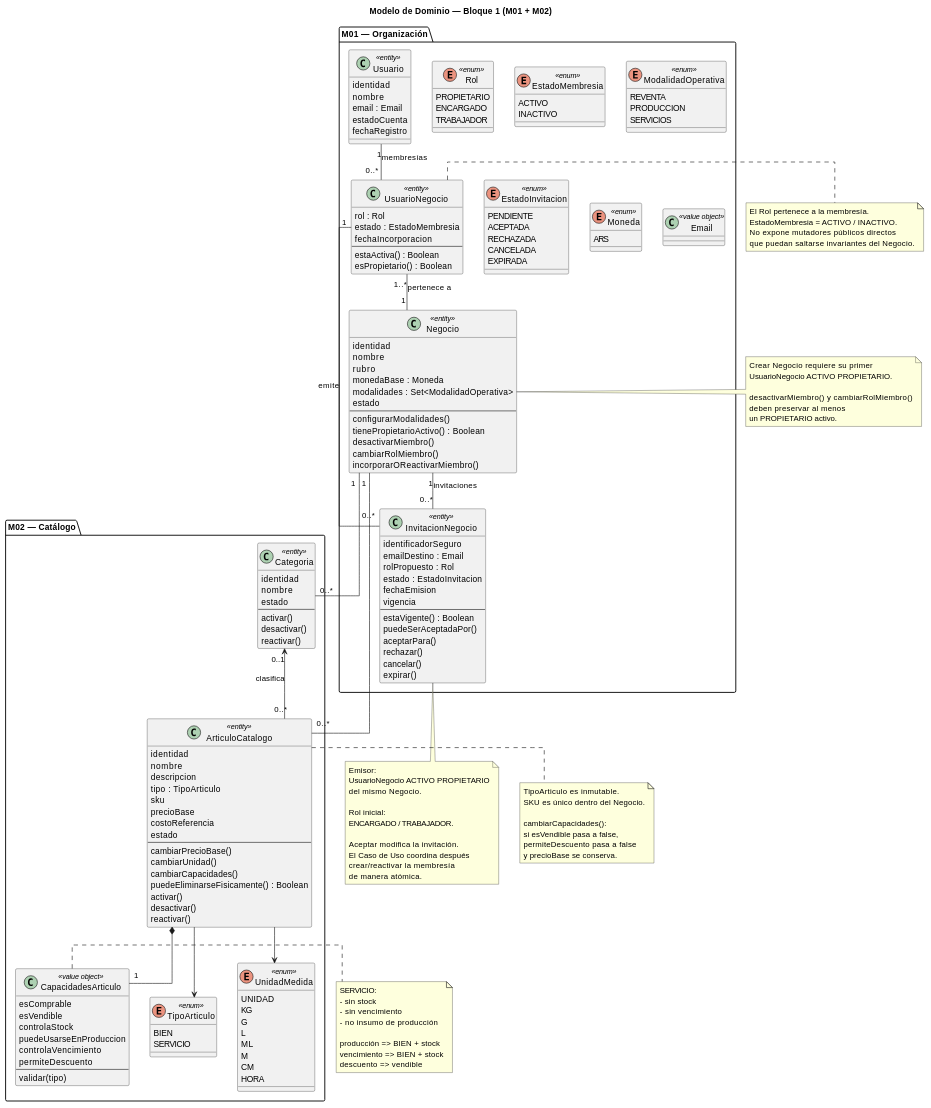
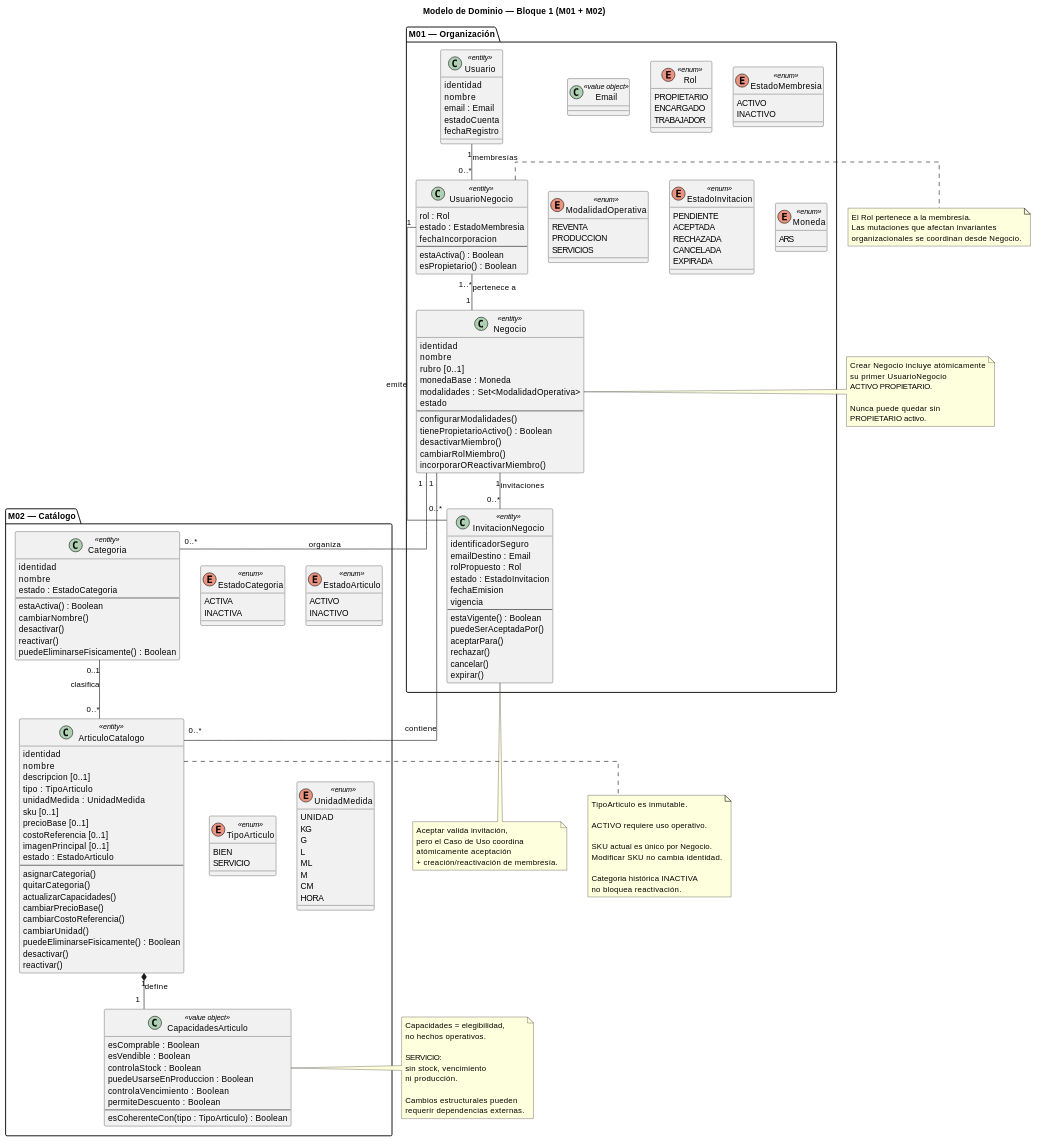
Before and after one commit to Jorge10192/TP-Programacion2-UNSAM-2C2026: the diagram in Proyecto-3-Extendido-Generico/modelo-dominio/bloque-1-fundacion/01-modelo-dominio-bloque-1.md, drawn with PlantUML. The commit also changed other lines of this file, not shown here.

```diff
--- a/Proyecto-3-Extendido-Generico/modelo-dominio/bloque-1-fundacion/01-modelo-dominio-bloque-1.md
+++ b/Proyecto-3-Extendido-Generico/modelo-dominio/bloque-1-fundacion/01-modelo-dominio-bloque-1.md
@@ -1886,7 +2795,7 @@
 class Negocio <<entity>> {
   identidad
   nombre
-  rubro
+  rubro [0..1]
   monedaBase : Moneda
   modalidades : Set<ModalidadOperativa>
   estado
@@ -1923,6 +2832,8 @@
   expirar()
 }
 
+class Email <<value object>>
+
 enum Rol <<enum>> {
   PROPIETARIO
   ENCARGADO
@@ -1952,51 +2863,64 @@
   ARS
 }
 
-class Email <<value object>>
-
 }
-
 
 package "M02 — Catálogo" {
 
 class Categoria <<entity>> {
   identidad
   nombre
-  estado
+  estado : EstadoCategoria
   --
-  activar()
+  estaActiva() : Boolean
+  cambiarNombre()
   desactivar()
   reactivar()
+  puedeEliminarseFisicamente() : Boolean
 }
 
 class ArticuloCatalogo <<entity>> {
   identidad
   nombre
-  descripcion
+  descripcion [0..1]
   tipo : TipoArticulo
-  sku
-  precioBase
-  costoReferencia
-  estado
+  unidadMedida : UnidadMedida
+  sku [0..1]
+  precioBase [0..1]
+  costoReferencia [0..1]
+  imagenPrincipal [0..1]
+  estado : EstadoArticulo
   --
+  asignarCategoria()
+  quitarCategoria()
+  actualizarCapacidades()
   cambiarPrecioBase()
+  cambiarCostoReferencia()
   cambiarUnidad()
-  cambiarCapacidades()
   puedeEliminarseFisicamente() : Boolean
-  activar()
   desactivar()
   reactivar()
 }
 
 class CapacidadesArticulo <<value object>> {
-  esComprable
-  esVendible
-  controlaStock
-  puedeUsarseEnProduccion
-  controlaVencimiento
-  permiteDescuento
+  esComprable : Boolean
+  esVendible : Boolean
+  controlaStock : Boolean
+  puedeUsarseEnProduccion : Boolean
+  controlaVencimiento : Boolean
+  permiteDescuento : Boolean
   --
-  validar(tipo)
+  esCoherenteCon(tipo : TipoArticulo) : Boolean
+}
+
+enum EstadoCategoria <<enum>> {
+  ACTIVA
+  INACTIVA
+}
+
+enum EstadoArticulo <<enum>> {
+  ACTIVO
+  INACTIVO
 }
 
 enum TipoArticulo <<enum>> {
@@ -2017,71 +2941,63 @@
 
 }
 
-
 Usuario "1" -- "0..*" UsuarioNegocio : membresías
 UsuarioNegocio "1..*" -- "1" Negocio : pertenece a
 
 Negocio "1" -- "0..*" InvitacionNegocio : invitaciones
 UsuarioNegocio "1" -- "0..*" InvitacionNegocio : emite
 
-Negocio "1" -- "0..*" Categoria
-Negocio "1" -- "0..*" ArticuloCatalogo
+Negocio "1" -- "0..*" Categoria : organiza
+Negocio "1" -- "0..*" ArticuloCatalogo : contiene
 
-Categoria "0..1" <-- "0..*" ArticuloCatalogo : clasifica
+Categoria "0..1" -- "0..*" ArticuloCatalogo : clasifica
 
-ArticuloCatalogo --> TipoArticulo
-ArticuloCatalogo --> UnidadMedida
-ArticuloCatalogo *-- "1" CapacidadesArticulo
+ArticuloCatalogo "1" *-- "1" CapacidadesArticulo : define
 
 note right of UsuarioNegocio
 El Rol pertenece a la membresía.
-EstadoMembresia = ACTIVO / INACTIVO.
-No expone mutadores públicos directos
-que puedan saltarse invariantes del Negocio.
+Las mutaciones que afectan invariantes
+organizacionales se coordinan desde Negocio.
 end note
 
 note right of Negocio
-Crear Negocio requiere su primer
-UsuarioNegocio ACTIVO PROPIETARIO.
+Crear Negocio incluye atómicamente
+su primer UsuarioNegocio
+ACTIVO PROPIETARIO.
 
-desactivarMiembro() y cambiarRolMiembro()
-deben preservar al menos
-un PROPIETARIO activo.
+Nunca puede quedar sin
+PROPIETARIO activo.
 end note
 
 note bottom of InvitacionNegocio
-Emisor:
-UsuarioNegocio ACTIVO PROPIETARIO
-del mismo Negocio.
-
-Rol inicial:
-ENCARGADO / TRABAJADOR.
-
-Aceptar modifica la invitación.
-El Caso de Uso coordina después
-crear/reactivar la membresía
-de manera atómica.
+Aceptar valida invitación,
+pero el Caso de Uso coordina
+atómicamente aceptación
++ creación/reactivación de membresía.
 end note
 
 note right of ArticuloCatalogo
 TipoArticulo es inmutable.
-SKU es único dentro del Negocio.
 
-cambiarCapacidades():
-si esVendible pasa a false,
-permiteDescuento pasa a false
-y precioBase se conserva.
+ACTIVO requiere uso operativo.
+
+SKU actual es único por Negocio.
+Modificar SKU no cambia identidad.
+
+Categoria histórica INACTIVA
+no bloquea reactivación.
 end note
 
 note right of CapacidadesArticulo
+Capacidades = elegibilidad,
+no hechos operativos.
+
 SERVICIO:
-- sin stock
-- sin vencimiento
-- no insumo de producción
+sin stock, vencimiento
+ni producción.
 
-producción => BIEN + stock
-vencimiento => BIEN + stock
-descuento => vendible
+Cambios estructurales pueden
+requerir dependencias externas.
 end note
 
 @enduml
```
